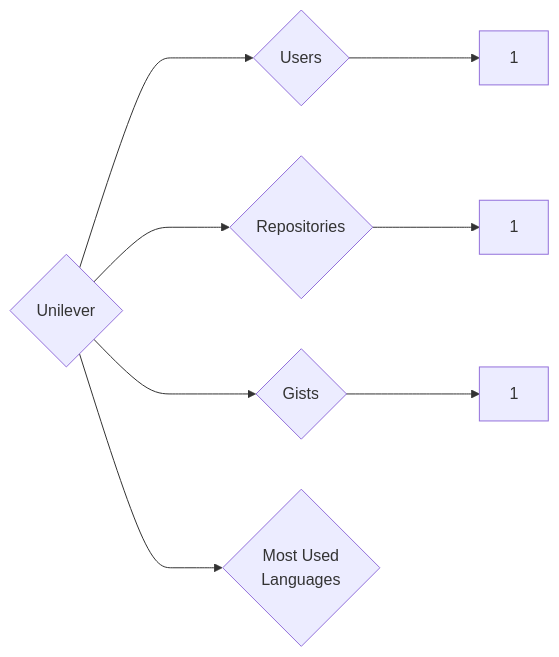
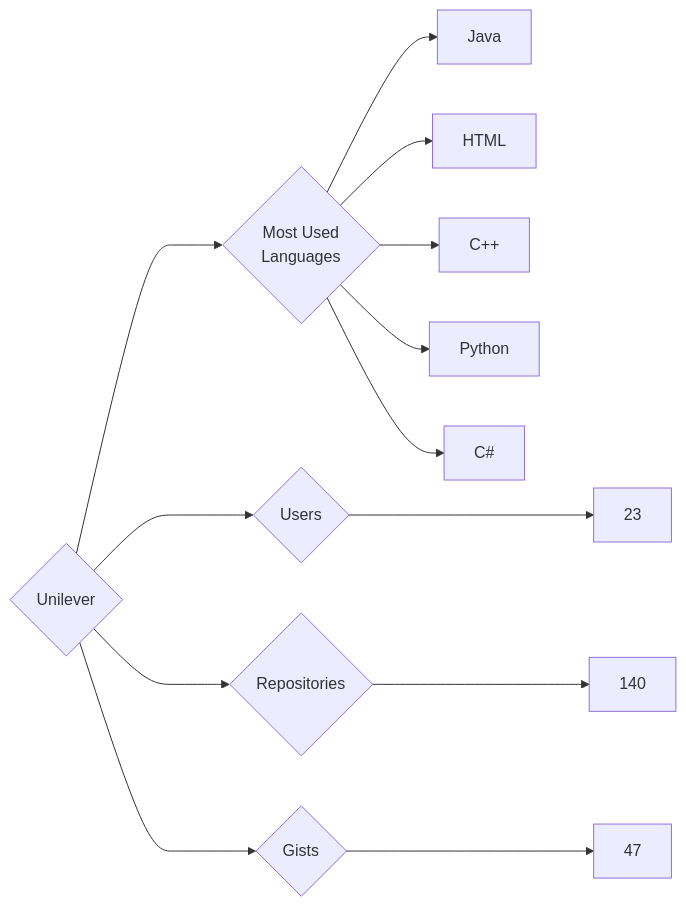
The diagram in targets/Unilever/README.md (trickest/insiders), drawn with Mermaid before and after one commit. The commit also changed 964 other files, not shown here.

````diff
--- a/targets/Unilever/README.md
+++ b/targets/Unilever/README.md
@@ -3,8 +3,13 @@
 ```mermaid
 graph LR
 COMPANY_NAME{Unilever}
-COMPANY_NAME ---> U{Users} ---> UN[1]
-COMPANY_NAME ---> R{Repositories} ---> RN[1]
-COMPANY_NAME ---> G{Gists} ---> GN[1]
+COMPANY_NAME ---> U{Users} ---> UN[23]
+COMPANY_NAME ---> R{Repositories} ---> RN[140]
+COMPANY_NAME ---> G{Gists} ---> GN[47]
 COMPANY_NAME ---> ML{Most Used<br>Languages}
+ML --> Java[Java]
+ML --> HTML[HTML]
+ML --> C++[C++]
+ML --> Python[Python]
+ML --> C#[C#]
 ```
````
